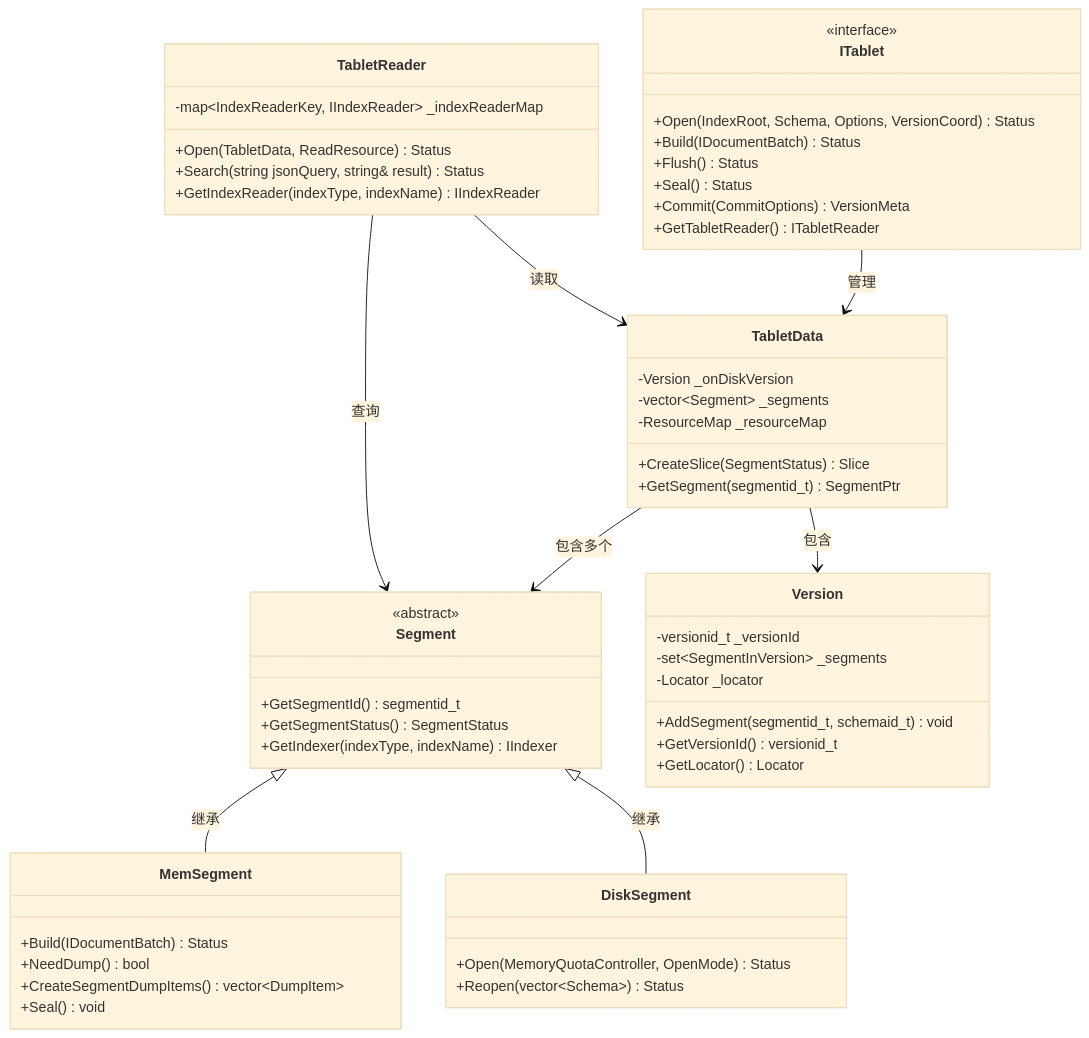
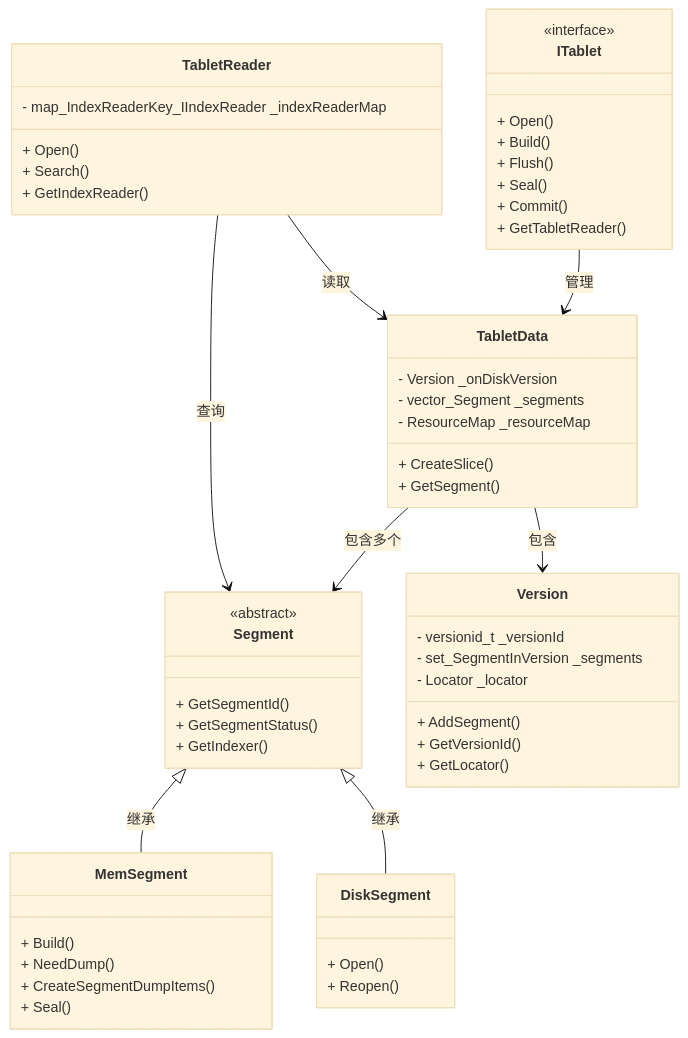
The first of 7 diagrams in _posts/2025-05-08-indexlib-1-architecture-overview.md (zhouzhilong-commits/zhouzhilong-commits.github.io), drawn with Mermaid (base theme) before and after one commit. The commit also changed other lines of this file and 228 other files, not shown here.

````diff
--- a/_posts/2025-05-08-indexlib-1-architecture-overview.md
+++ b/_posts/2025-05-08-indexlib-1-architecture-overview.md
@@ -66,63 +66,63 @@
 ```mermaid
 classDiagram
     class ITablet {
         <<interface>>
-        +Open(IndexRoot, Schema, Options, VersionCoord) Status
-        +Build(IDocumentBatch) Status
-        +Flush() Status
-        +Seal() Status
-        +Commit(CommitOptions) VersionMeta
-        +GetTabletReader() ITabletReader
+        + Open()
+        + Build()
+        + Flush()
+        + Seal()
+        + Commit()
+        + GetTabletReader()
     }
     
     class TabletData {
-        -Version _onDiskVersion
-        -vector~Segment~ _segments
-        -ResourceMap _resourceMap
-        +CreateSlice(SegmentStatus) Slice
-        +GetSegment(segmentid_t) SegmentPtr
+        - Version _onDiskVersion
+        - vector_Segment _segments
+        - ResourceMap _resourceMap
+        + CreateSlice()
+        + GetSegment()
     }
     
     class Segment {
         <<abstract>>
-        +GetSegmentId() segmentid_t
-        +GetSegmentStatus() SegmentStatus
-        +GetIndexer(indexType, indexName) IIndexer
+        + GetSegmentId()
+        + GetSegmentStatus()
+        + GetIndexer()
     }
     
     class MemSegment {
-        +Build(IDocumentBatch) Status
-        +NeedDump() bool
-        +CreateSegmentDumpItems() vector~DumpItem~
-        +Seal() void
+        + Build()
+        + NeedDump()
+        + CreateSegmentDumpItems()
+        + Seal()
     }
     
     class DiskSegment {
-        +Open(MemoryQuotaController, OpenMode) Status
-        +Reopen(vector~Schema~) Status
+        + Open()
+        + Reopen()
     }
     
     class Version {
-        -versionid_t _versionId
-        -set~SegmentInVersion~ _segments
-        -Locator _locator
-        +AddSegment(segmentid_t, schemaid_t) void
-        +GetVersionId() versionid_t
-        +GetLocator() Locator
+        - versionid_t _versionId
+        - set_SegmentInVersion _segments
+        - Locator _locator
+        + AddSegment()
+        + GetVersionId()
+        + GetLocator()
     }
     
     class TabletReader {
-        -map~IndexReaderKey, IIndexReader~ _indexReaderMap
-        +Open(TabletData, ReadResource) Status
-        +Search(string jsonQuery, string& result) Status
-        +GetIndexReader(indexType, indexName) IIndexReader
+        - map_IndexReaderKey_IIndexReader _indexReaderMap
+        + Open()
+        + Search()
+        + GetIndexReader()
     }
     
     ITablet --> TabletData : 管理
     TabletData --> Segment : 包含多个
     Segment <|-- MemSegment : 继承
     Segment <|-- DiskSegment : 继承
     TabletData --> Version : 包含
     TabletReader --> TabletData : 读取
     TabletReader --> Segment : 查询
 ```
````
